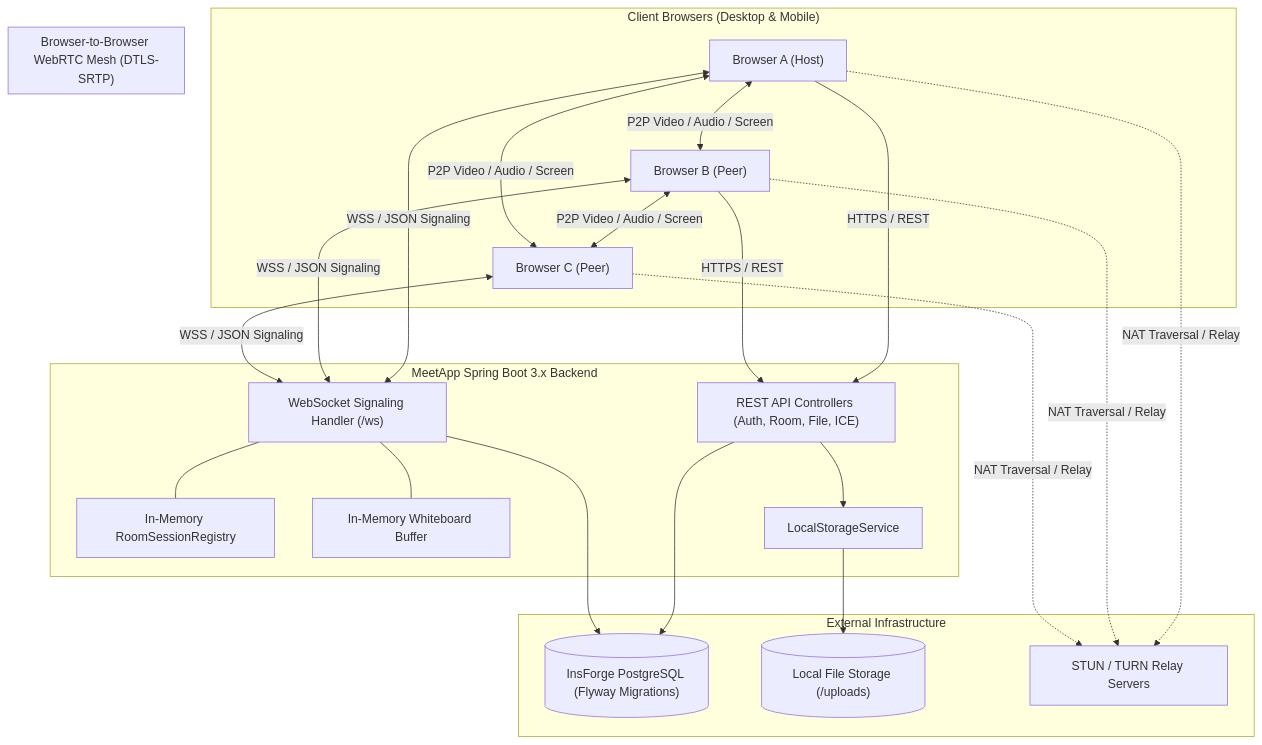
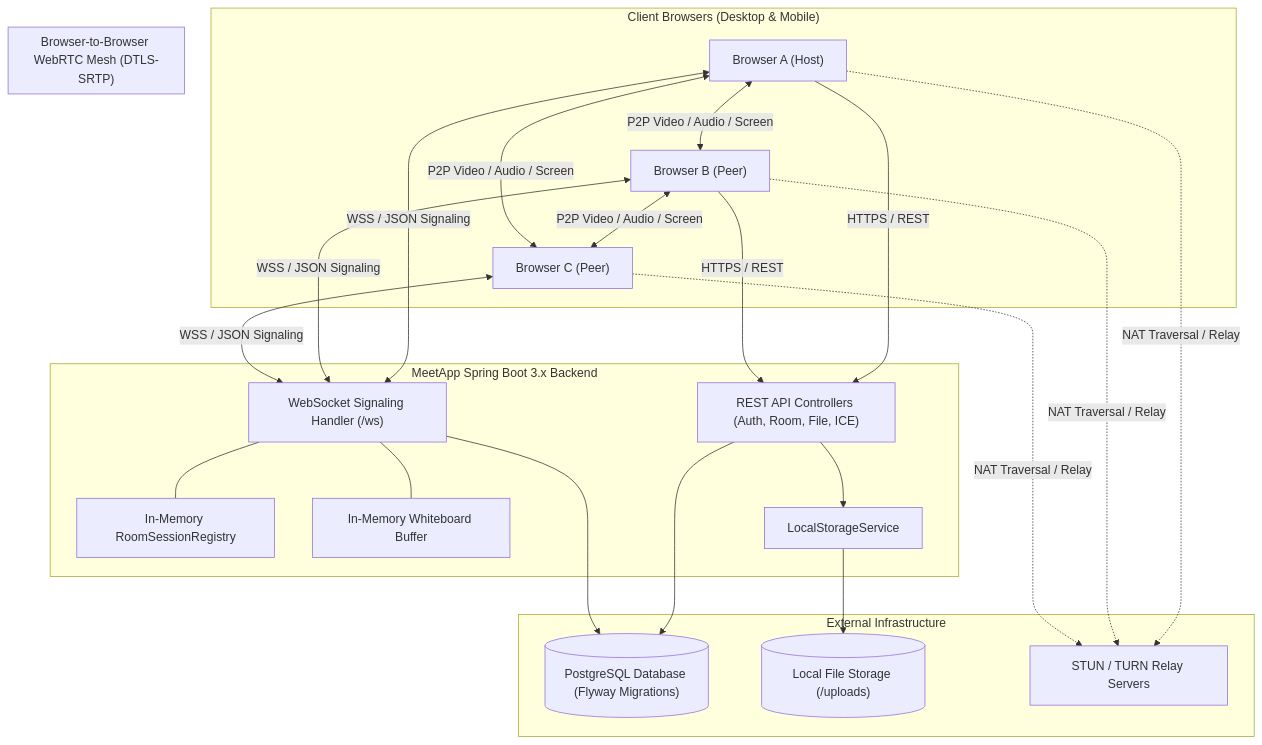
One commit to Mohitkumar7295/Real-Time-Communication-App changed the first of 11 diagrams in docs/ARCHITECTURE.md. Above: the diagram before and after it, drawn with Mermaid. The commit also changed other lines of this file and 6 other files, not shown here.

Commit message:
refactor: remove all InsForge dependencies, configurations, and references

````diff
--- a/docs/ARCHITECTURE.md
+++ b/docs/ARCHITECTURE.md
@@ -13,45 +13,45 @@
 ```mermaid
 graph TD
     subgraph ClientBrowsers["Client Browsers (Desktop & Mobile)"]
         BrowserA["Browser A (Host)"]
         BrowserB["Browser B (Peer)"]
         BrowserC["Browser C (Peer)"]
     end
 
     subgraph P2PMedia["Browser-to-Browser WebRTC Mesh (DTLS-SRTP)"]
         BrowserA <-->|"P2P Video / Audio / Screen"| BrowserB
         BrowserB <-->|"P2P Video / Audio / Screen"| BrowserC
         BrowserA <-->|"P2P Video / Audio / Screen"| BrowserC
     end
 
     subgraph BackendServer["MeetApp Spring Boot 3.x Backend"]
         RESTController["REST API Controllers (Auth, Room, File, ICE)"]
         WSHandler["WebSocket Signaling Handler (/ws)"]
         SessionRegistry["In-Memory RoomSessionRegistry"]
         WhiteboardHistory["In-Memory Whiteboard Buffer"]
         StorageSvc["LocalStorageService"]
     end
 
     subgraph ExternalServices["External Infrastructure"]
-        PostgresDB[("InsForge PostgreSQL (Flyway Migrations)")]
+        PostgresDB[("PostgreSQL Database (Flyway Migrations)")]
         LocalDisk[("Local File Storage (/uploads)")]
         StunTurn["STUN / TURN Relay Servers"]
     end
 
     BrowserA -->|"HTTPS / REST"| RESTController
     BrowserB -->|"HTTPS / REST"| RESTController
     BrowserA <-->|"WSS / JSON Signaling"| WSHandler
     BrowserB <-->|"WSS / JSON Signaling"| WSHandler
     BrowserC <-->|"WSS / JSON Signaling"| WSHandler
 
     WSHandler --- SessionRegistry
     WSHandler --- WhiteboardHistory
     RESTController --> StorageSvc
     StorageSvc --> LocalDisk
     RESTController --> PostgresDB
     WSHandler --> PostgresDB
 
     BrowserA -.->|"NAT Traversal / Relay"| StunTurn
     BrowserB -.->|"NAT Traversal / Relay"| StunTurn
     BrowserC -.->|"NAT Traversal / Relay"| StunTurn
 ```
````
